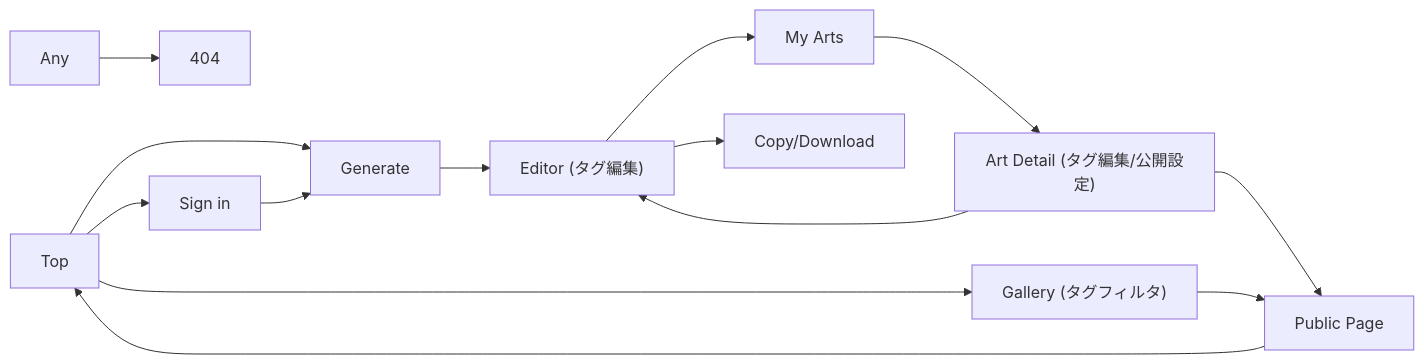
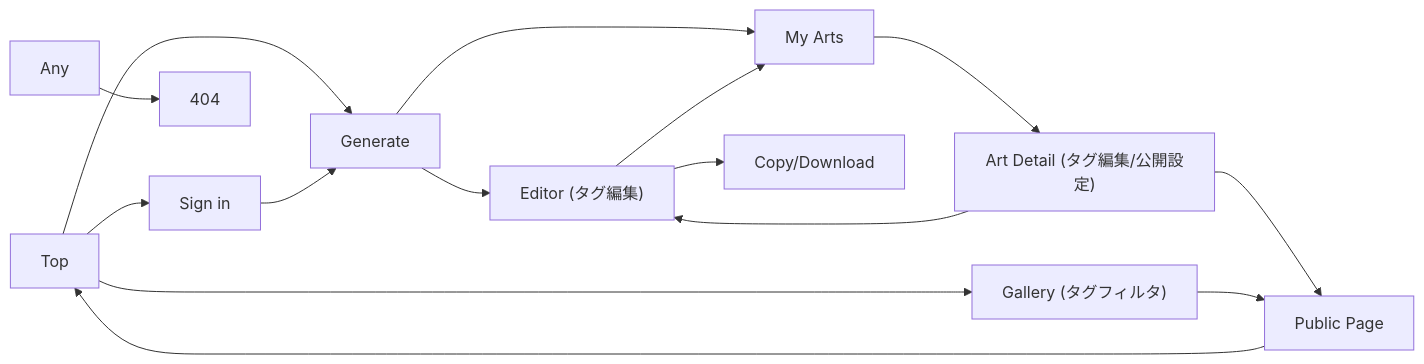
One commit to MyRusu/mydotgen changed the diagram in docs/spec/画面遷移図.md. Above: the diagram before and after it, drawn with Mermaid. The commit also changed 2 other files, not shown here.

Commit message:
ドキュメントなど更新

````diff
--- a/docs/spec/画面遷移図.md
+++ b/docs/spec/画面遷移図.md
@@ -5,20 +5,21 @@
 ```mermaid
 flowchart LR
   ROOT[Top] --> GENERATE[Generate]
   ROOT --> SIGN_IN[Sign in]
   SIGN_IN --> GENERATE
 
   GENERATE --> EDITOR["Editor (タグ編集)"]
+  GENERATE --> MY_ARTS[My Arts]
   EDITOR --> MY_ARTS[My Arts]
   EDITOR --> COPY[Copy/Download]
 
   MY_ARTS --> ART_DETAIL["Art Detail (タグ編集/公開設定)"]
   ART_DETAIL --> EDITOR
   ART_DETAIL --> PUBLIC_PAGE[Public Page]
 
   ROOT --> GALLERY["Gallery (タグフィルタ)"]
   GALLERY --> PUBLIC_PAGE
   PUBLIC_PAGE --> ROOT
 
   ANY[Any] --> NOT_FOUND[404]
 ```
````
